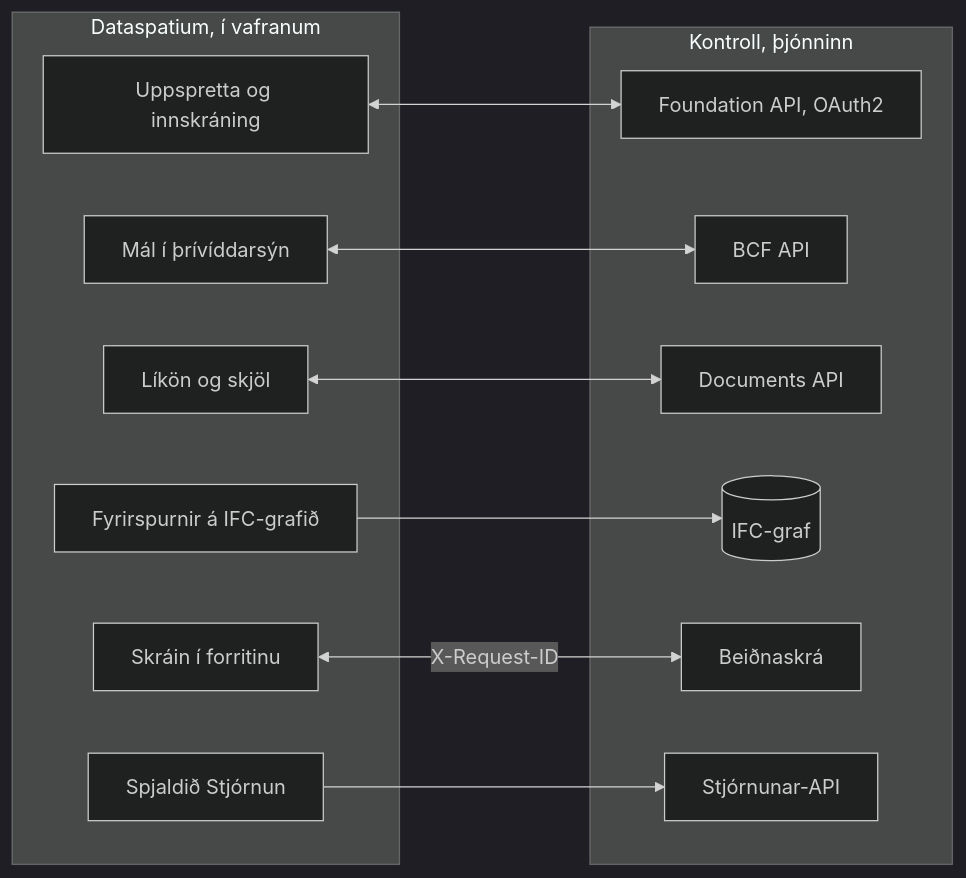
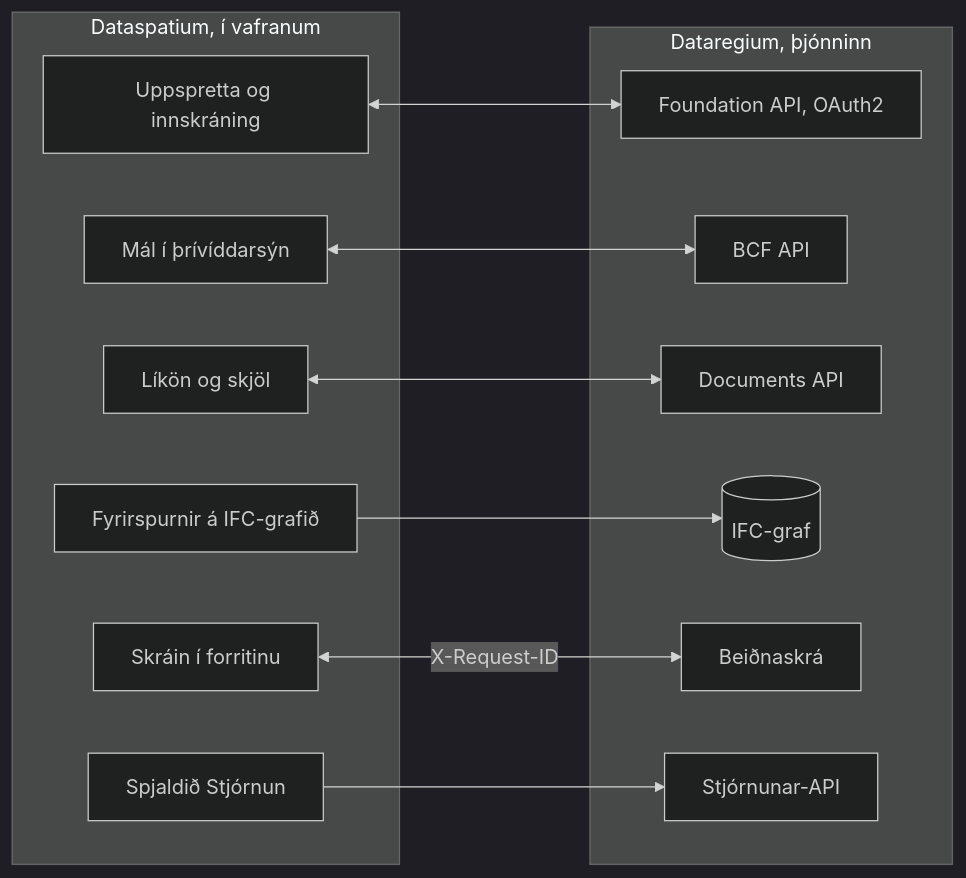
Before and after one commit to marwiss/Kontroll: the diagram in docs/is/README.md, drawn with Mermaid (dark theme). The commit also changed other lines of this file and 116 other files, not shown here.

First line of the commit message:
Rename Kontroll to Dataregium

````diff
--- a/docs/is/README.md
+++ b/docs/is/README.md
@@ -207,25 +207,25 @@
 ```mermaid
 flowchart LR
     subgraph app ["Dataspatium, í vafranum"]
         source["Uppspretta og innskráning"]
         issues["Mál í þrívíddarsýn"]
         files["Líkön og skjöl"]
         queries["Fyrirspurnir á IFC-grafið"]
         log["Skráin í forritinu"]
         admin["Spjaldið Stjórnun"]
     end
-    subgraph server ["Kontroll, þjónninn"]
+    subgraph server ["Dataregium, þjónninn"]
         foundation["Foundation API, OAuth2"]
         bcf["BCF API"]
         documents["Documents API"]
         ifcgraph[("IFC-graf")]
         requests["Beiðnaskrá"]
         adminapi["Stjórnunar-API"]
     end
     source <--> foundation
     issues <--> bcf
     files <--> documents
     queries --> ifcgraph
     log <-- "X-Request-ID" --> requests
     admin --> adminapi
 ```
````
